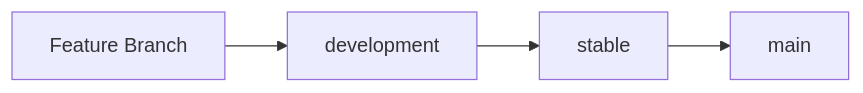
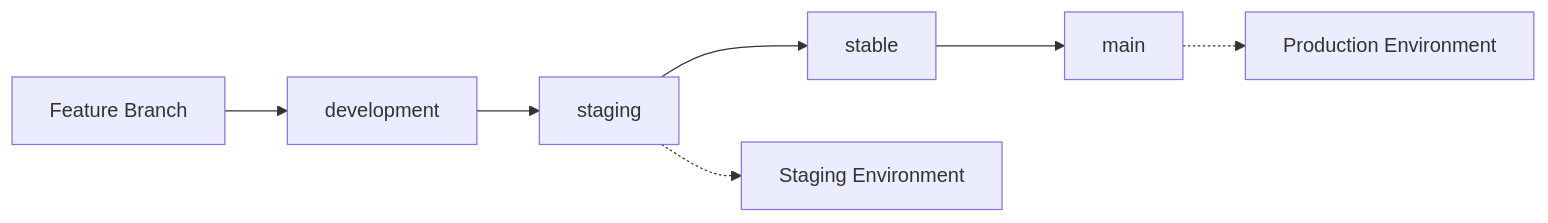
One commit to ellingtonsp/novara-mvp changed the diagram in BRANCHING_STRATEGY.md. Above: the diagram before and after it, drawn with Mermaid. The commit also changed other lines of this file and 1 other file, not shown here.

First line of the commit message:
feat: Implement proper DevOps branching strategy with staging environment

````diff
--- a/BRANCHING_STRATEGY.md
+++ b/BRANCHING_STRATEGY.md
@@ -27,6 +34,9 @@
 ```mermaid
 graph LR
     F[Feature Branch] --> D[development]
-    D --> S[stable]
+    D --> ST[staging]
+    ST --> S[stable]
     S --> M[main]
+    ST -.-> SE[Staging Environment]
+    M -.-> PE[Production Environment]
 ```
````
